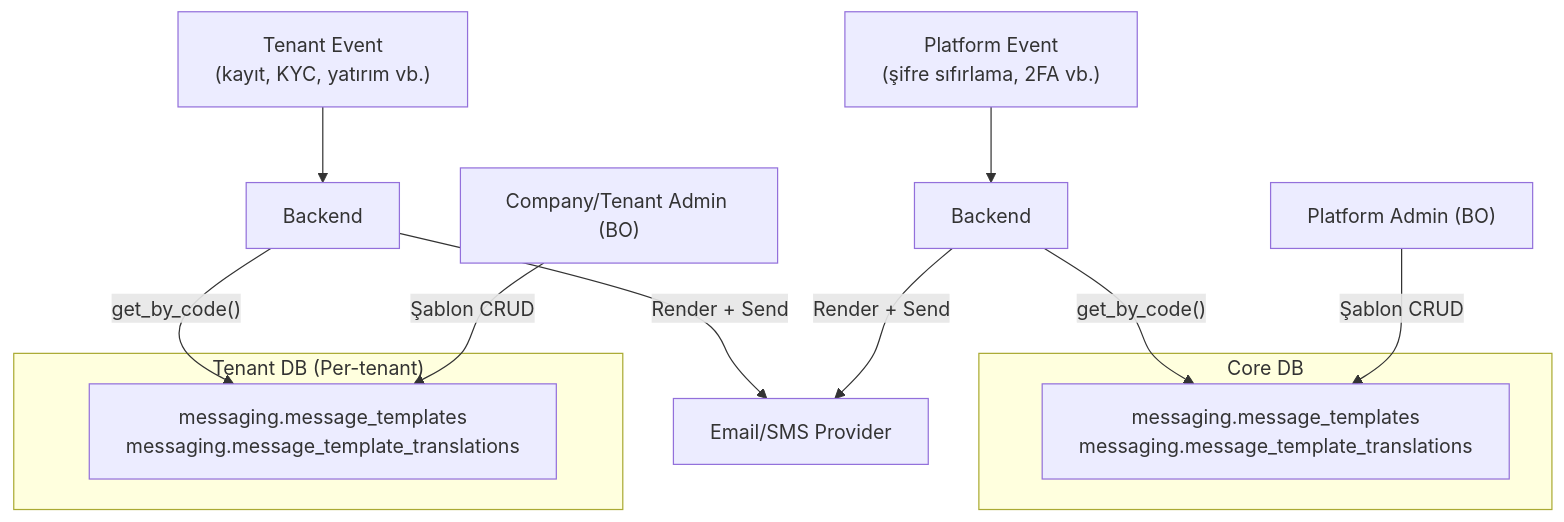
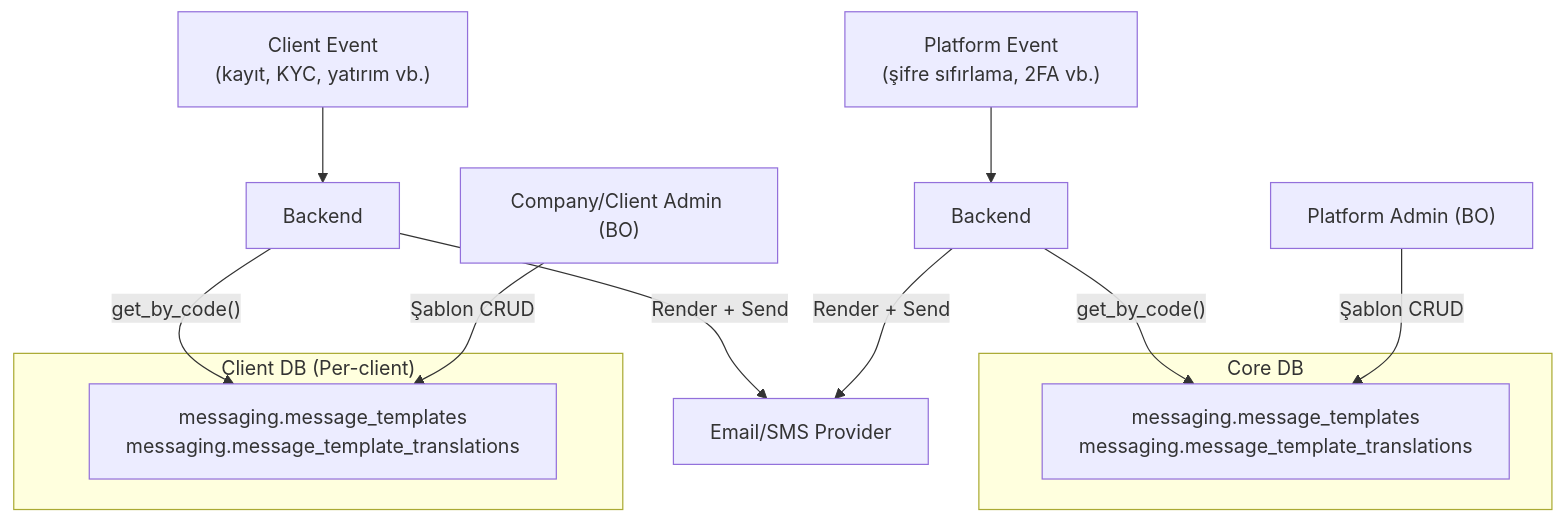
One commit to frhtshn/One.DB changed the diagram in .docs/guides/MESSAGE_TEMPLATE_GUIDE.md. Above: the diagram before and after it, drawn with Mermaid. The commit also changed other lines of this file and 442 other files, not shown here.

First line of the commit message:
Nucleo → Sortis One ve tenant → client içerik güncellemeleri

````diff
--- a/.docs/guides/MESSAGE_TEMPLATE_GUIDE.md
+++ b/.docs/guides/MESSAGE_TEMPLATE_GUIDE.md
@@ -12,20 +12,20 @@
 ```mermaid
 flowchart TD
     subgraph core_db["Core DB"]
         CT["messaging.message_templates<br/>messaging.message_template_translations"]
     end
-    subgraph tenant_db["Tenant DB (Per-tenant)"]
+    subgraph client_db["Client DB (Per-client)"]
         TT["messaging.message_templates<br/>messaging.message_template_translations"]
     end
 
     PA["Platform Admin (BO)"] -- "Şablon CRUD" --> CT
-    CA["Company/Tenant Admin (BO)"] -- "Şablon CRUD" --> TT
+    CA["Company/Client Admin (BO)"] -- "Şablon CRUD" --> TT
 
     EVT_C["Platform Event<br/>(şifre sıfırlama, 2FA vb.)"] --> BE_C["Backend"]
     BE_C -- "get_by_code()" --> CT
     BE_C -- "Render + Send" --> SMTP["Email/SMS Provider"]
 
-    EVT_T["Tenant Event<br/>(kayıt, KYC, yatırım vb.)"] --> BE_T["Backend"]
+    EVT_T["Client Event<br/>(kayıt, KYC, yatırım vb.)"] --> BE_T["Backend"]
     BE_T -- "get_by_code()" --> TT
     BE_T -- "Render + Send" --> SMTP
 ```
````
